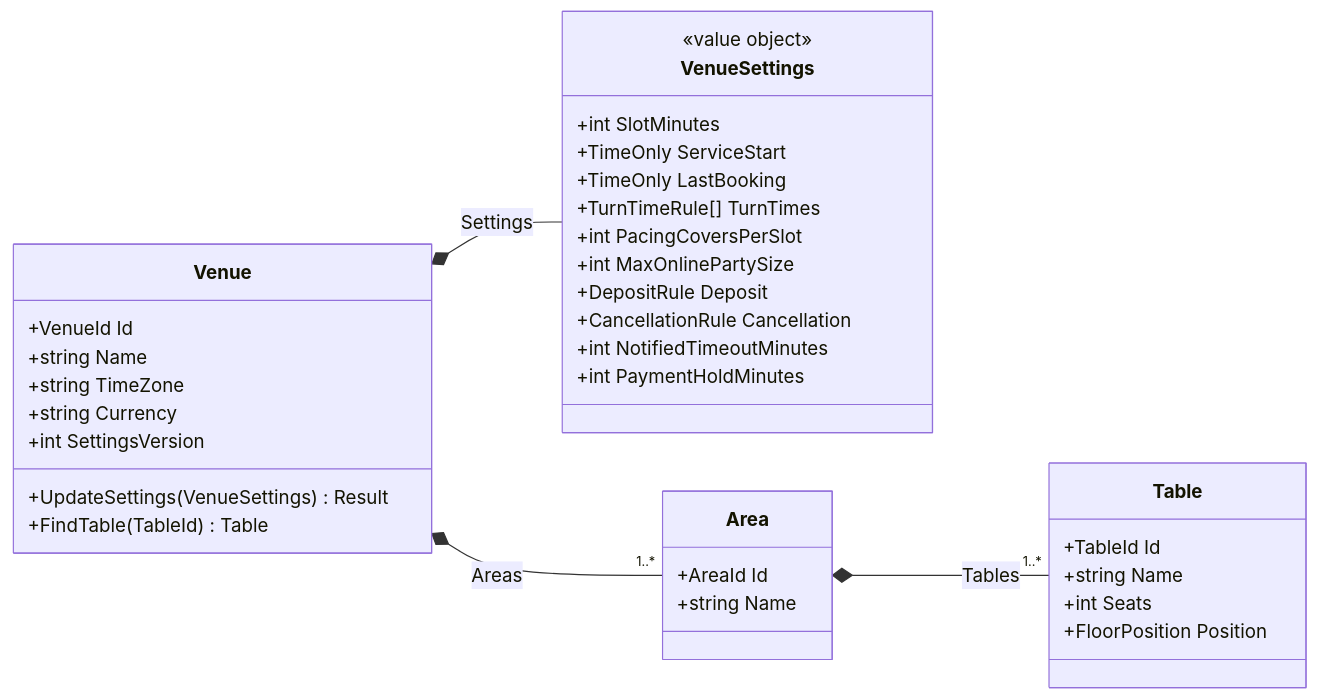
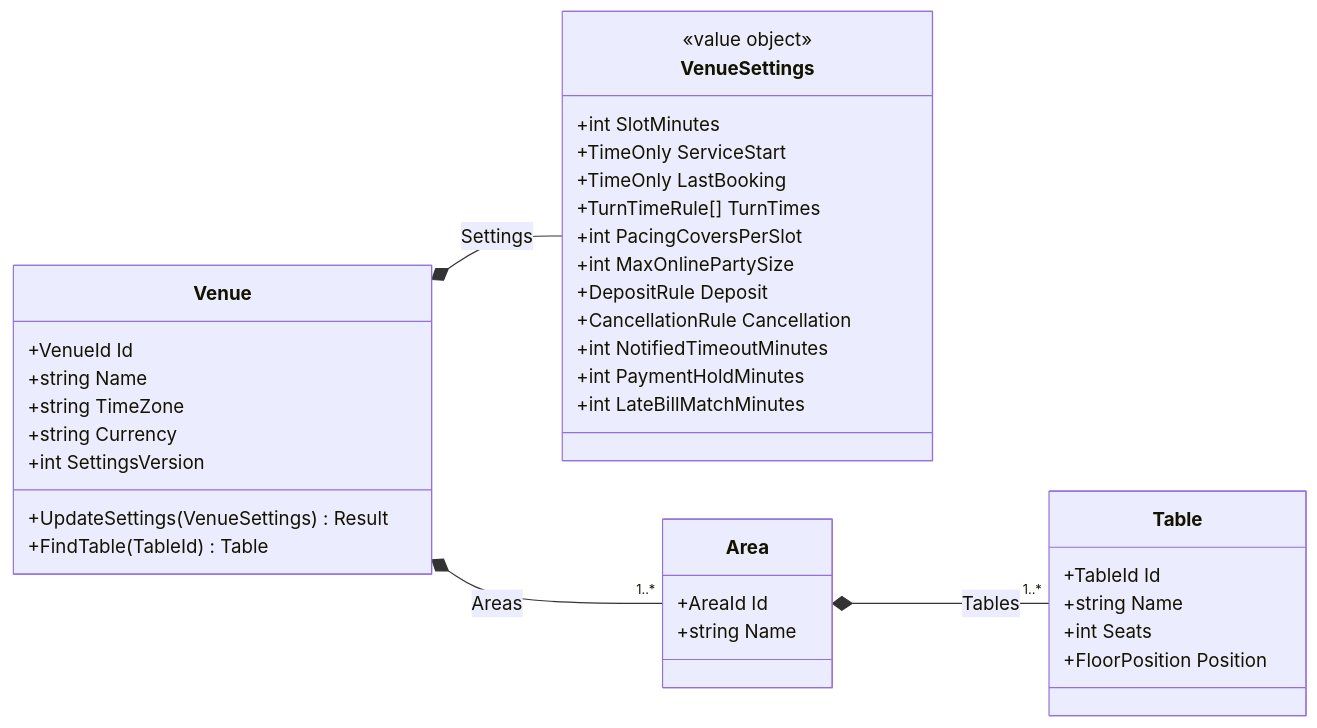
One commit to ring9834/TableReservation changed the second of 26 diagrams in docs/Design.md. Above: the diagram before and after it, drawn with Mermaid. The commit also changed other lines of this file, not shown here.

First line of the commit message:
docs(design): add late-match rule for POS bills after a host clears a table

````diff
--- a/docs/Design.md
+++ b/docs/Design.md
@@ -126,39 +126,40 @@
 ```mermaid
 classDiagram
     direction LR
     class Venue {
         +VenueId Id
         +string Name
         +string TimeZone
         +string Currency
         +int SettingsVersion
         +UpdateSettings(VenueSettings) Result
         +FindTable(TableId) Table
     }
     class VenueSettings {
         <<value object>>
         +int SlotMinutes
         +TimeOnly ServiceStart
         +TimeOnly LastBooking
         +TurnTimeRule[] TurnTimes
         +int PacingCoversPerSlot
         +int MaxOnlinePartySize
         +DepositRule Deposit
         +CancellationRule Cancellation
         +int NotifiedTimeoutMinutes
         +int PaymentHoldMinutes
+        +int LateBillMatchMinutes
     }
     class Area {
         +AreaId Id
         +string Name
     }
     class Table {
         +TableId Id
         +string Name
         +int Seats
         +FloorPosition Position
     }
     Venue *-- VenueSettings : Settings
     Venue *-- "1..*" Area : Areas
     Area *-- "1..*" Table : Tables
 ```
````
